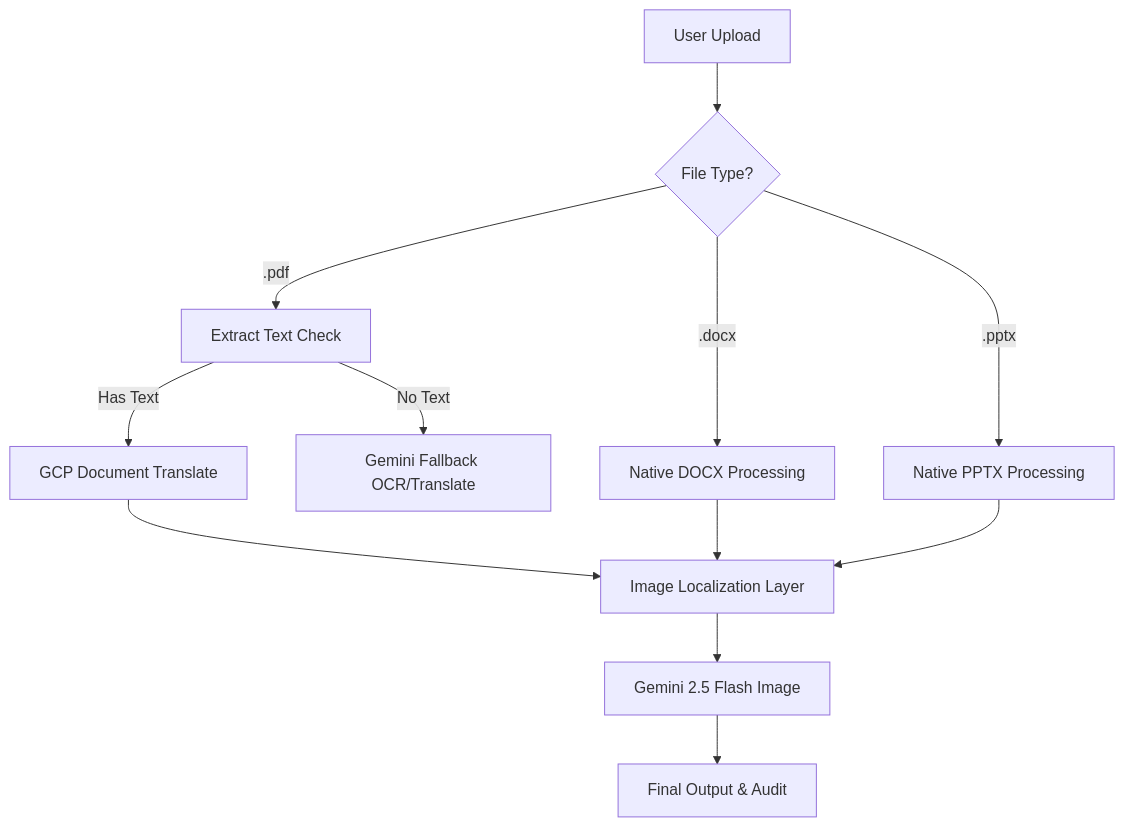
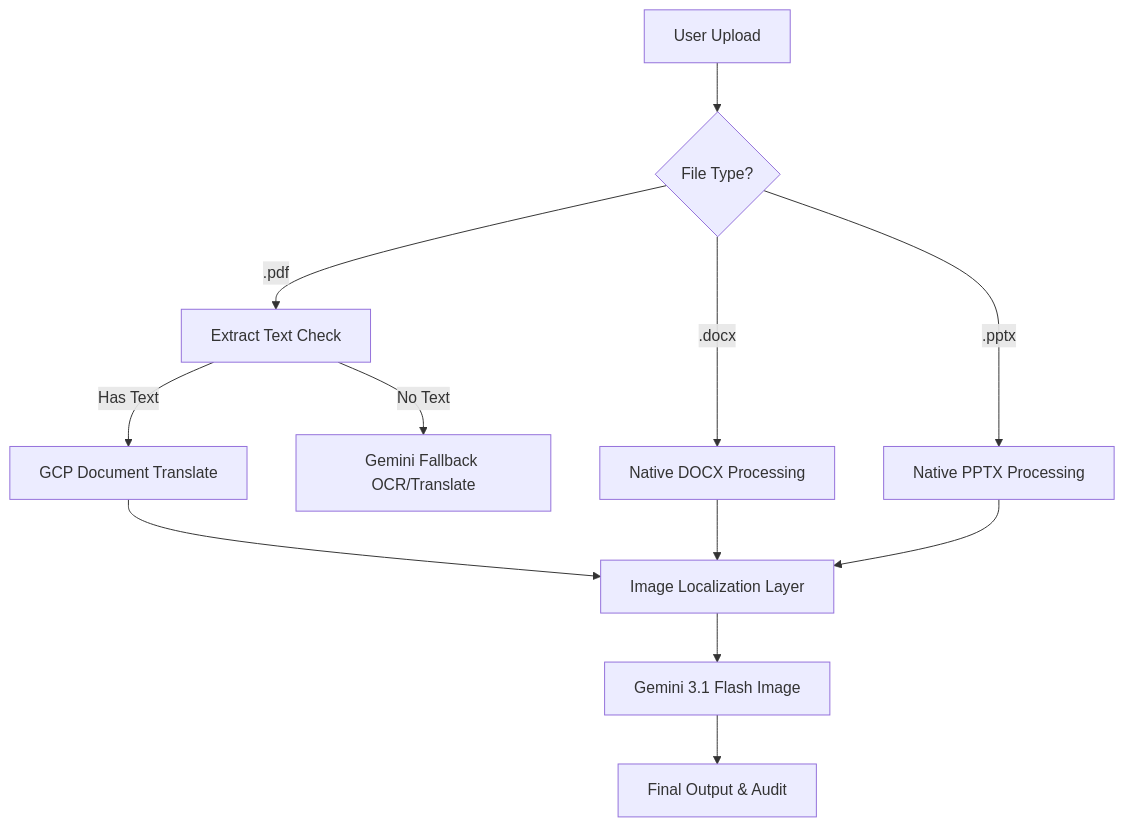
Before and after one commit to upasana1105/UP_Demos: the diagram in translation-v4/README.md, drawn with Mermaid. The commit also changed other lines of this file, not shown here.

Commit message:
Update README to reflect Gemini 3.1 Flash Image

````diff
--- a/translation-v4/README.md
+++ b/translation-v4/README.md
@@ -35,17 +35,17 @@
 ```mermaid
 graph TD
     A[User Upload] --> B{File Type?}
     B -->|.pdf| C[Extract Text Check]
     B -->|.docx| D[Native DOCX Processing]
     B -->|.pptx| E[Native PPTX Processing]
     
     C -->|Has Text| F[GCP Document Translate]
     C -->|No Text| G[Gemini Fallback OCR/Translate]
     
     F --> H[Image Localization Layer]
     D --> H
     E --> H
     
-    H --> I[Gemini 2.5 Flash Image]
+    H --> I[Gemini 3.1 Flash Image]
     I --> J[Final Output & Audit]
 ```
````
